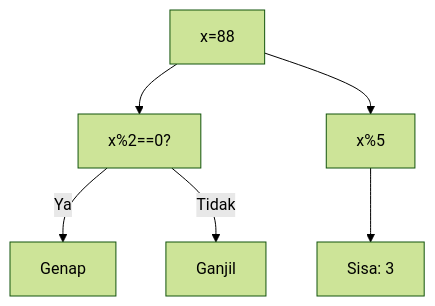
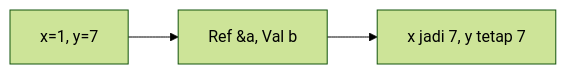
One commit to amnahwaida/OSNK_INF_PREP changed the fourth of 25 diagrams in part-c-pemahaman-cpp/04-fungsi/latihan/set-10.md. Above: the diagram before and after it, drawn with Mermaid (forest theme). The commit also changed other lines of this file and 71 other files, not shown here.

````diff
--- a/part-c-pemahaman-cpp/04-fungsi/latihan/set-10.md
+++ b/part-c-pemahaman-cpp/04-fungsi/latihan/set-10.md
@@ -122,8 +100,5 @@
 ```mermaid
-graph TD
-A["x=88"] --> B["x%2==0?"]
-B -- Ya --> C["Genap"]
-B -- Tidak --> D["Ganjil"]
-A --> E["x%5"]
-E --> F["Sisa: 3"]
+graph LR
+A["x=1, y=7"] --> B["Ref &a, Val b"]
+B --> C["x jadi 7, y tetap 7"]
 ```
````
